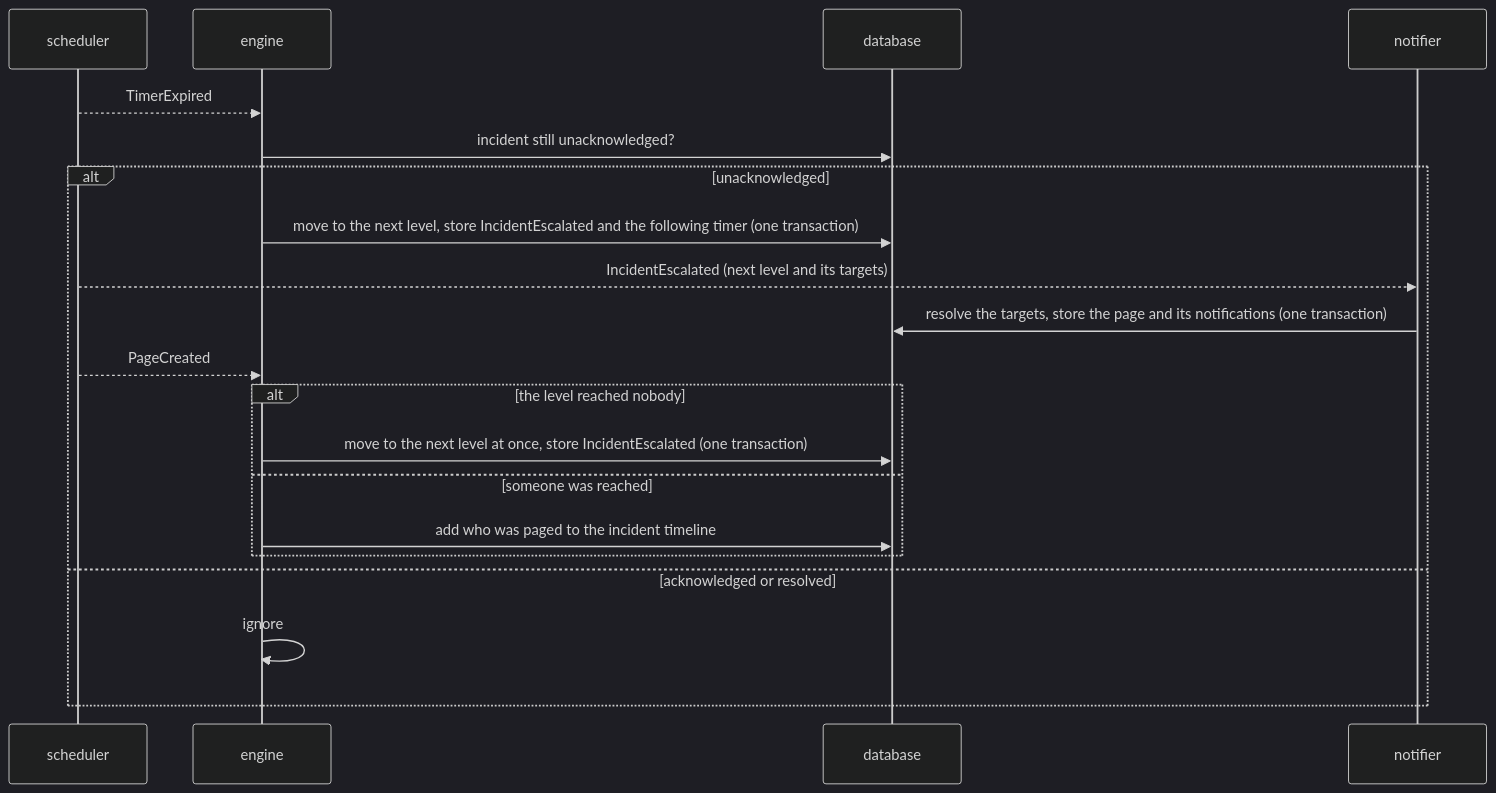
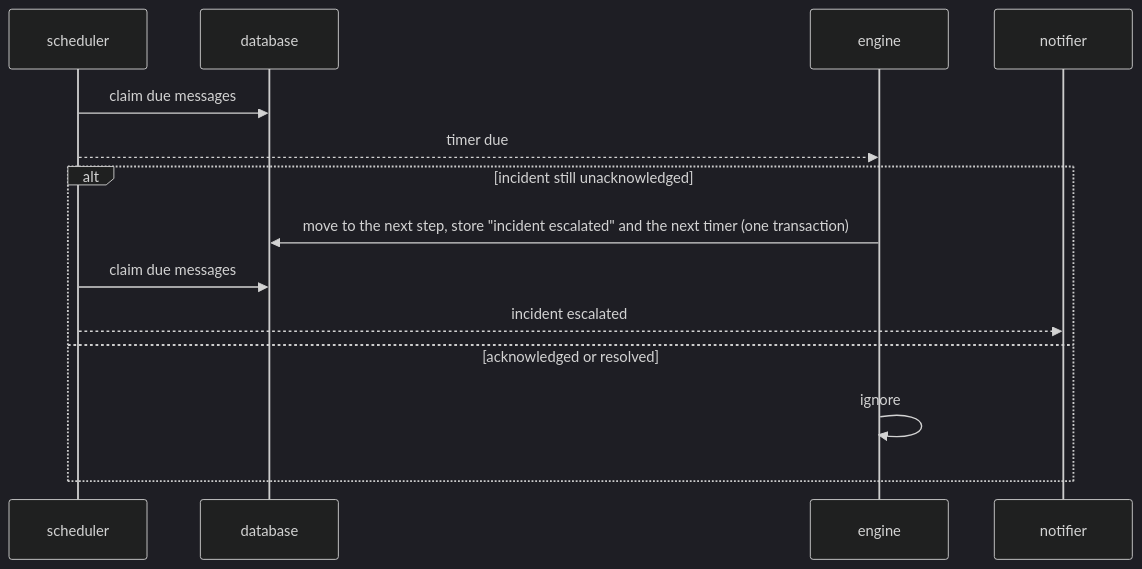
The third of 5 diagrams in docs/architecture.md (murphyhq/server), drawn with Mermaid (dark theme) before and after one commit. The commit also changed other lines of this file and 2 other files, not shown here.

Commit message:
docs: rewrite the architecture overview around components and how they communicate; it changes only when those do

````diff
--- a/docs/architecture.md
+++ b/docs/architecture.md
@@ -154,22 +143,16 @@
 ```mermaid
 sequenceDiagram
   participant S as scheduler
+  participant D as database
   participant E as engine
-  participant D as database
   participant N as notifier
-  S-->>E: TimerExpired
-  E->>D: incident still unacknowledged?
-  alt unacknowledged
-    E->>D: move to the next level, store IncidentEscalated and the following timer (one transaction)
-    S-->>N: IncidentEscalated (next level and its targets)
-    N->>D: resolve the targets, store the page and its notifications (one transaction)
-    S-->>E: PageCreated
-    alt the level reached nobody
-      E->>D: move to the next level at once, store IncidentEscalated (one transaction)
-    else someone was reached
-      E->>D: add who was paged to the incident timeline
-    end
+  S->>D: claim due messages
+  S-->>E: timer due
+  alt incident still unacknowledged
+    E->>D: move to the next step, store "incident escalated" and the next timer (one transaction)
+    S->>D: claim due messages
+    S-->>N: incident escalated
   else acknowledged or resolved
     E->>E: ignore
   end
 ```
````
